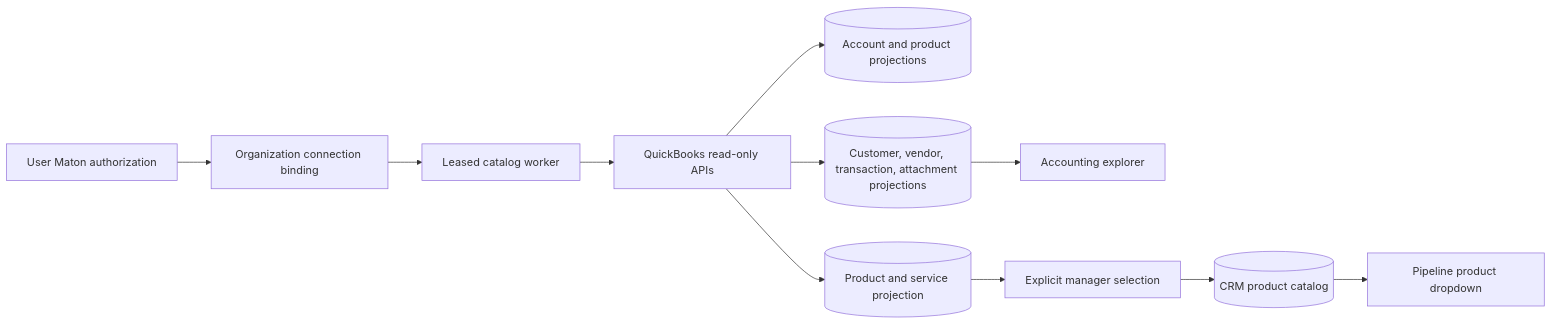
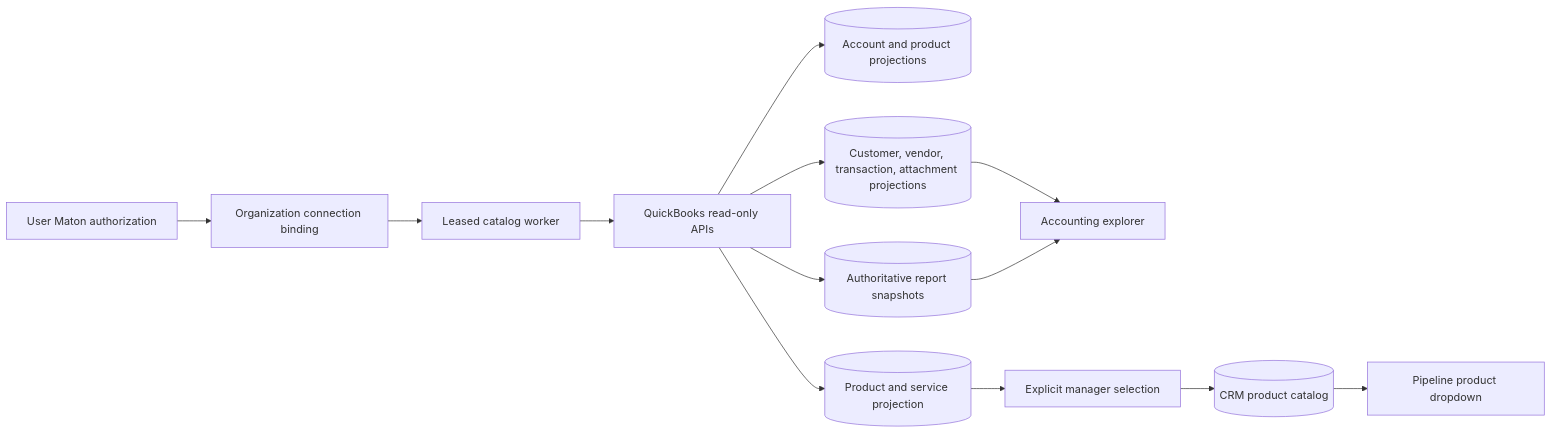
The diagram in docs/modules/quickbooks-accounting.md (jarrettcrosby/clawpilot), drawn with Mermaid before and after one commit. The commit also changed other lines of this file and 11 other files, not shown here.

````diff
--- a/docs/modules/quickbooks-accounting.md
+++ b/docs/modules/quickbooks-accounting.md
@@ -29,13 +29,15 @@
 ```mermaid
 flowchart LR
   User[User Maton authorization] --> Binding[Organization connection binding]
   Binding --> Worker[Leased catalog worker]
   Worker --> QBO[QuickBooks read-only APIs]
   QBO --> Accounts[(Account and product projections)]
   QBO --> Financial[(Customer, vendor, transaction, attachment projections)]
+  QBO --> Reports[(Authoritative report snapshots)]
   Financial --> Explorer[Accounting explorer]
+  Reports --> Explorer
   QBO --> Items[(Product and service projection)]
   Items --> Selection[Explicit manager selection]
   Selection --> CRM[(CRM product catalog)]
   CRM --> Pipeline[Pipeline product dropdown]
 ```
````
